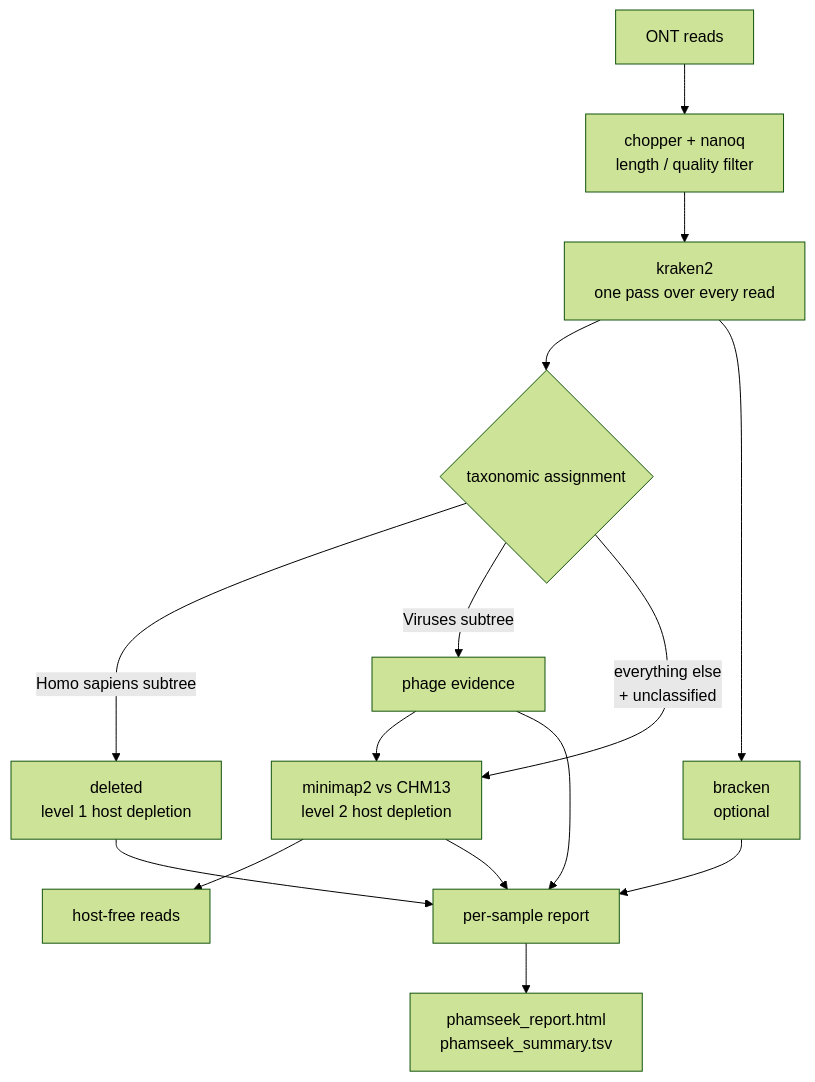
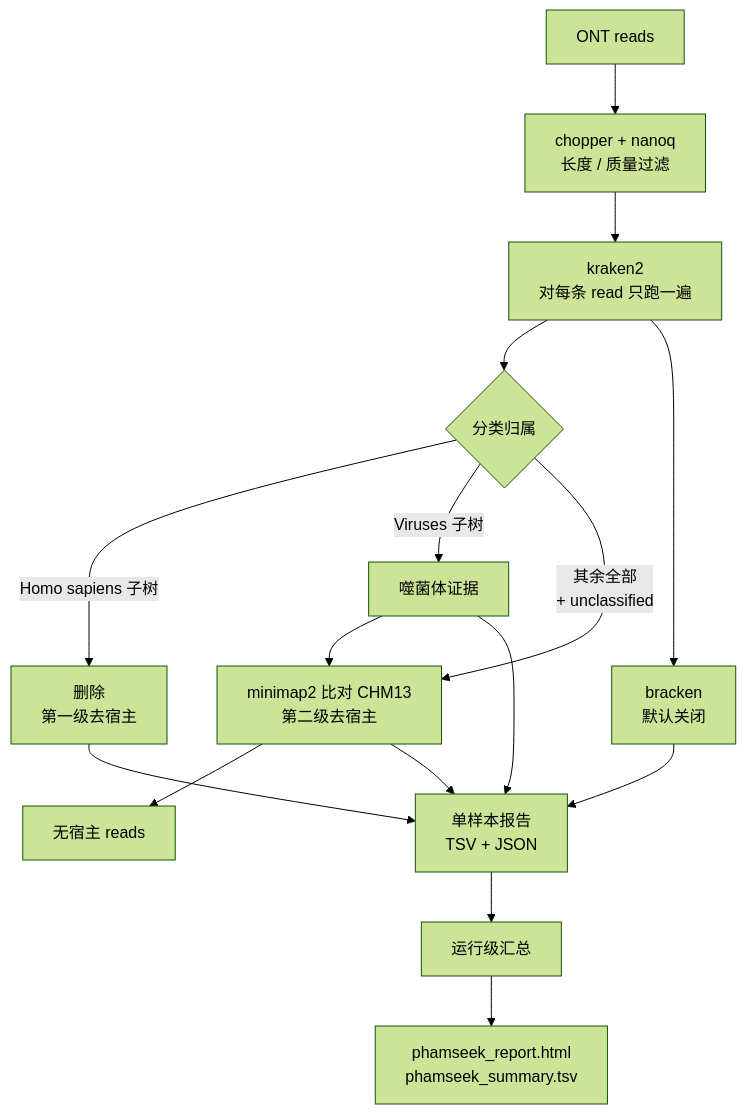
The diagram in README.md (rujinlong/nf-phamseek), drawn with Mermaid (forest theme) before and after one commit. The commit also changed other lines of this file and 15 other files, not shown here.

````diff
--- a/README.md
+++ b/README.md
@@ -53,17 +50,18 @@
 ```mermaid
 flowchart TD
-    A[ONT reads] --> B[chopper + nanoq<br/>length / quality filter]
-    B --> C[kraken2<br/>one pass over every read]
-    C --> D{taxonomic assignment}
-    D -->|Homo sapiens subtree| E[deleted<br/>level 1 host depletion]
-    D -->|Viruses subtree| F[phage evidence]
-    D -->|everything else<br/>+ unclassified| G[minimap2 vs CHM13<br/>level 2 host depletion]
+    A["ONT reads"] --> B["chopper + nanoq<br/>长度 / 质量过滤"]
+    B --> C["kraken2<br/>对每条 read 只跑一遍"]
+    C --> D{"分类归属"}
+    D -->|"Homo sapiens 子树"| E["删除<br/>第一级去宿主"]
+    D -->|"Viruses 子树"| F["噬菌体证据"]
+    D -->|"其余全部<br/>+ unclassified"| G["minimap2 比对 CHM13<br/>第二级去宿主"]
     F --> G
-    G --> H[host-free reads]
-    C --> I[bracken<br/>optional]
-    F --> J[per-sample report]
+    G --> H["无宿主 reads"]
+    C --> I["bracken<br/>默认关闭"]
+    F --> J["单样本报告<br/>TSV + JSON"]
     I --> J
     E --> J
     G --> J
-    J --> K[phamseek_report.html<br/>phamseek_summary.tsv]
+    J --> L["运行级汇总"]
+    L --> K["phamseek_report.html<br/>phamseek_summary.tsv"]
 ```
````
